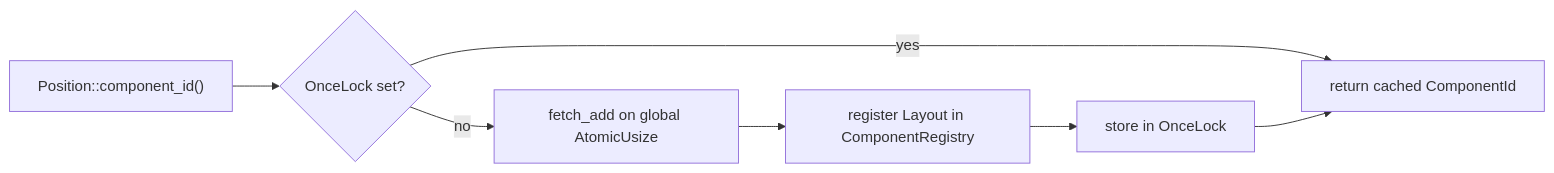
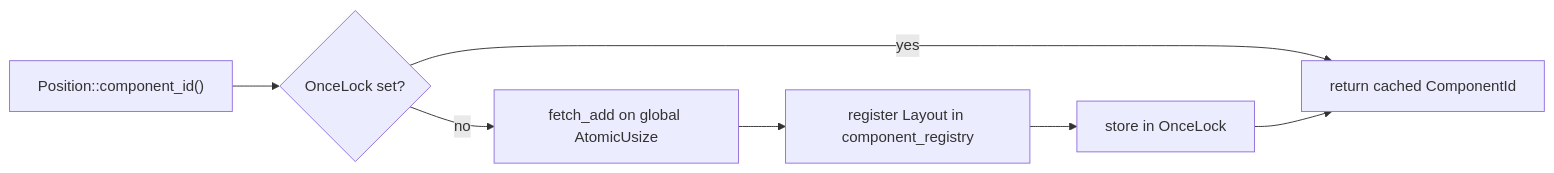
One commit to bluesteelll/boyko-engine changed the diagram in book/src/concepts/components.md. Above: the diagram before and after it, drawn with Mermaid. The commit also changed other lines of this file and 26 other files, not shown here.

First line of the commit message:
docs(book): C6 - half-1 page content brought to the code at HEAD: introduction, first app, the core ECS concepts, architecture, scheduling, change detection, memory and serialization

````diff
--- a/book/src/concepts/components.md
+++ b/book/src/concepts/components.md
@@ -117,9 +118,9 @@
 ```mermaid
 flowchart LR
     A["Position::component_id()"] --> B{OnceLock set?}
     B -- yes --> C[return cached ComponentId]
     B -- no --> D[fetch_add on global AtomicUsize]
-    D --> E[register Layout in ComponentRegistry]
+    D --> E[register Layout in component_registry]
     E --> F[store in OnceLock]
     F --> C
 ```
````
